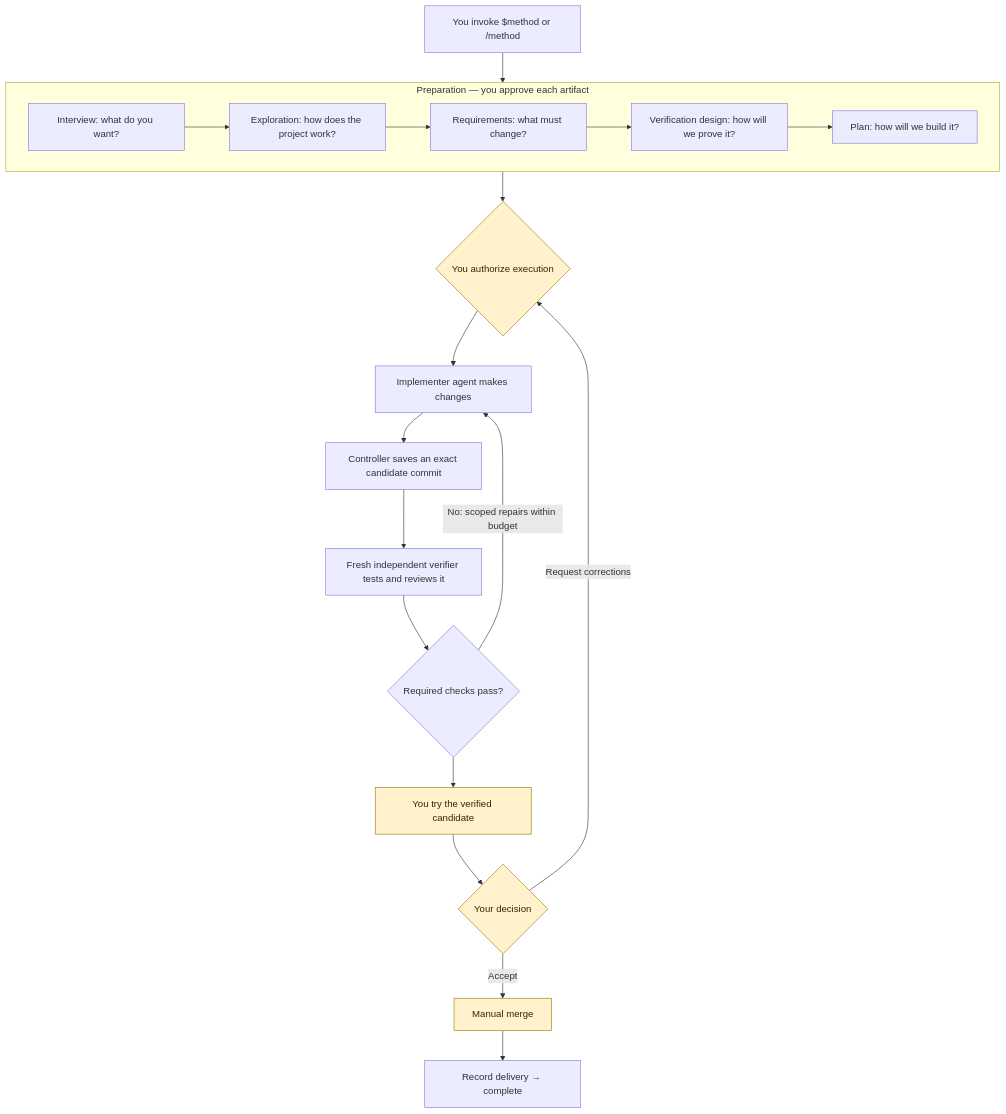
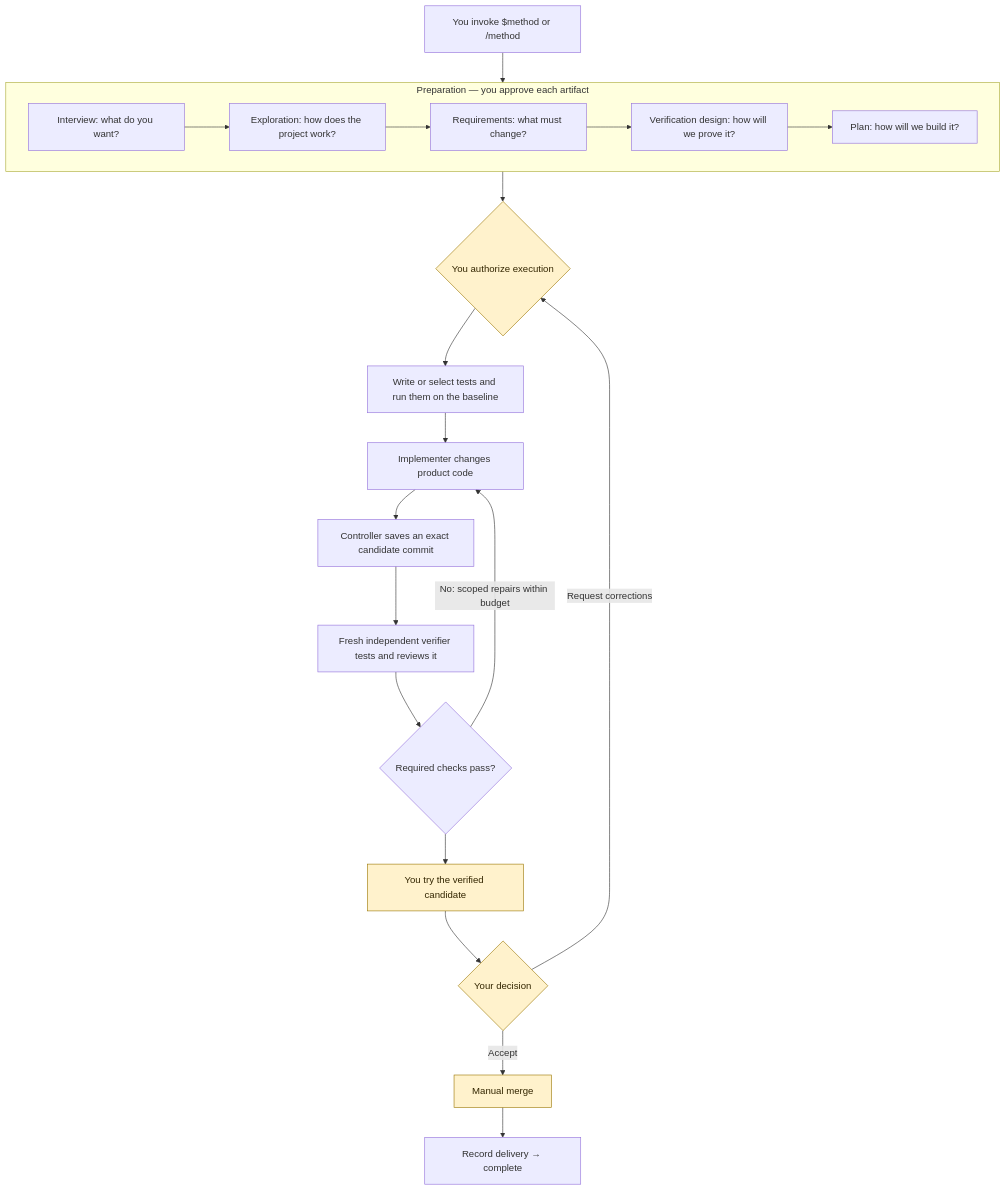
Before and after one commit to matiopala/mstack: the diagram in docs/method.md, drawn with Mermaid. The commit also changed other lines of this file and 30 other files, not shown here.

First line of the commit message:
feat: run verification tests before product changes

````diff
--- a/docs/method.md
+++ b/docs/method.md
@@ -8,28 +9,29 @@
 ```mermaid
 flowchart TD
     Start["You invoke $method or /method"] --> Prep
 
     subgraph Prep["Preparation — you approve each artifact"]
         I["Interview: what do you want?"]
         E["Exploration: how does the project work?"]
         R["Requirements: what must change?"]
         V["Verification design: how will we prove it?"]
         P["Plan: how will we build it?"]
         I --> E --> R --> V --> P
     end
 
     Prep --> Auth{"You authorize execution"}
-    Auth --> Build["Implementer agent makes changes"]
+    Auth --> Baseline["Write or select tests and run them on the baseline"]
+    Baseline --> Build["Implementer changes product code"]
     Build --> Candidate["Controller saves an exact candidate commit"]
     Candidate --> Check["Fresh independent verifier tests and reviews it"]
     Check --> Result{"Required checks pass?"}
     Result -->|"No: scoped repairs within budget"| Build
     Result --> Yes["You try the verified candidate"]
     Yes --> Decision{"Your decision"}
     Decision -->|"Request corrections"| Auth
     Decision -->|"Accept"| Merge["Manual merge"]
     Merge --> Done["Record delivery → complete"]
 
     classDef human fill:#fff2cc,stroke:#9a7600,color:#332600;
     class Auth,Yes,Decision,Merge human;
 ```
````
